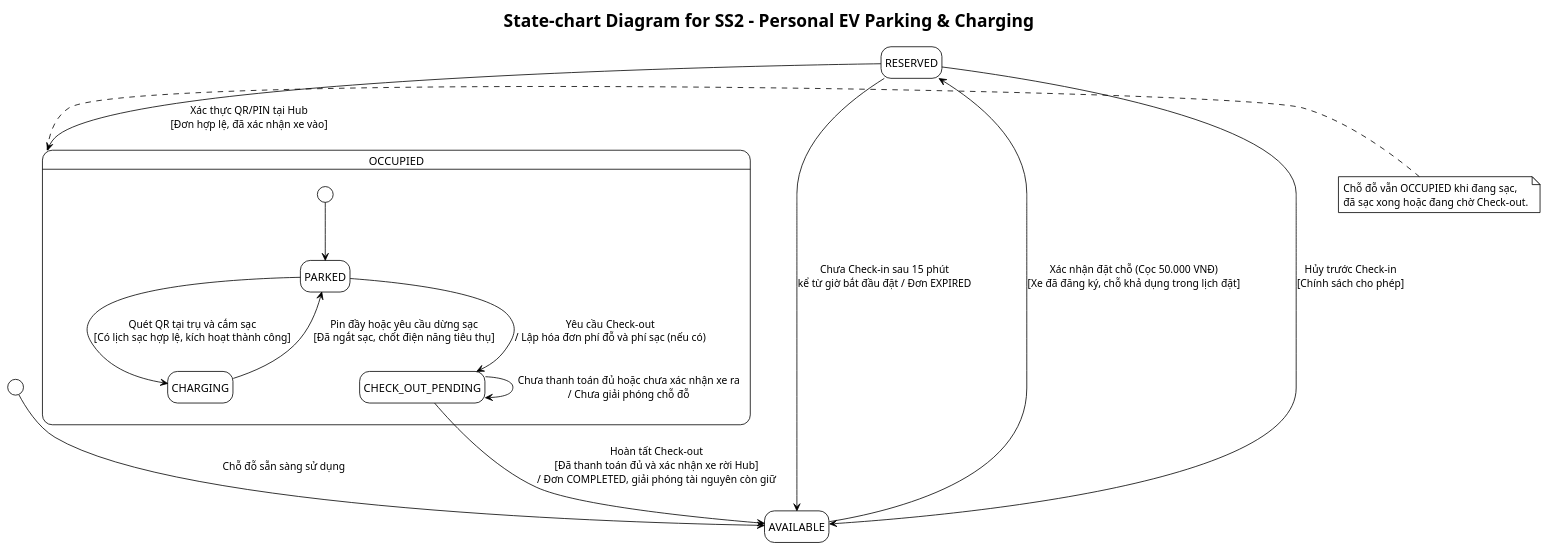
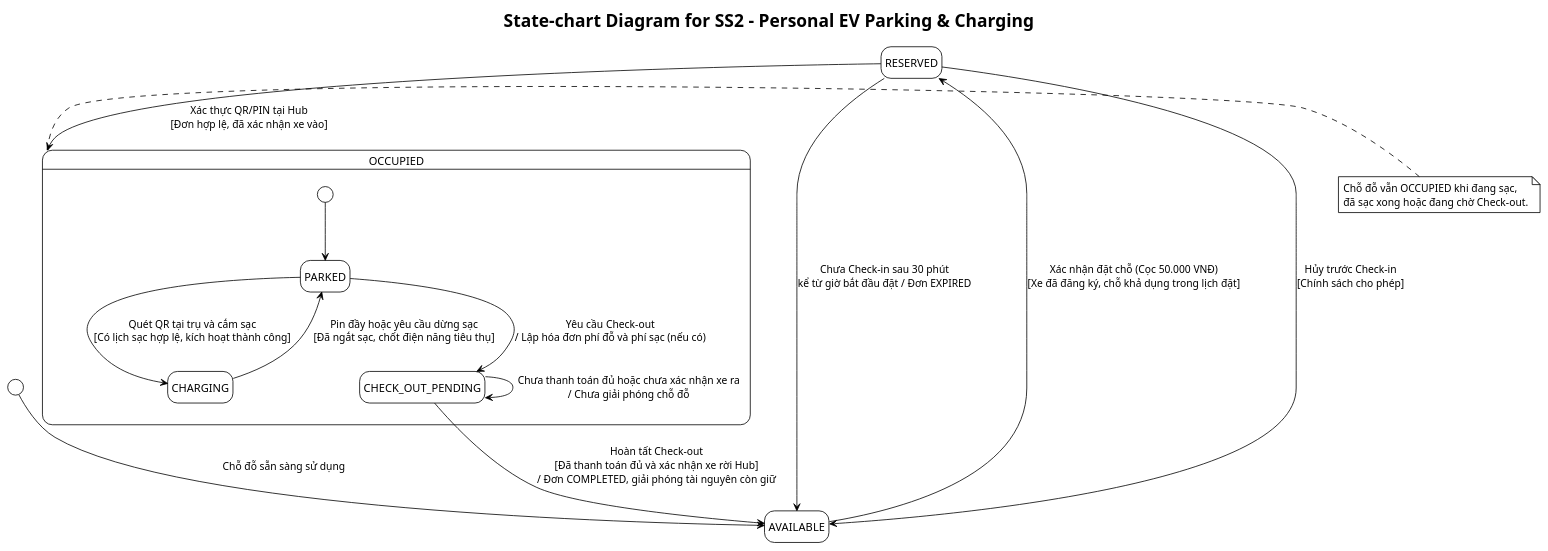
The diagram in docs/diagrams/Use-case detail-scenario/SS2/State-chart diagrams/UC_SS2_NguyenAnhTai_statechart.puml (Dat-nguyen195/BTL_1_CNPM), drawn with PlantUML before and after one commit. The commit also changed 142 other files, not shown here.

```diff
--- a/docs/diagrams/Use-case detail-scenario/SS2/State-chart diagrams/UC_SS2_NguyenAnhTai_statechart.puml
+++ b/docs/diagrams/Use-case detail-scenario/SS2/State-chart diagrams/UC_SS2_NguyenAnhTai_statechart.puml
@@ -1,34 +1,34 @@
 @startuml UC_SS2_NguyenAnhTai_statechart
 !theme plain
 hide empty description
 
 title State-chart Diagram for SS2 - Personal EV Parking & Charging
 
 [*] --> AVAILABLE : Chỗ đỗ sẵn sàng sử dụng
 
 state AVAILABLE
 state RESERVED
 state OCCUPIED {
     state PARKED
     state CHARGING
     state CHECK_OUT_PENDING
 
     [*] --> PARKED
     PARKED --> CHARGING : Quét QR tại trụ và cắm sạc\n[Có lịch sạc hợp lệ, kích hoạt thành công]
     CHARGING --> PARKED : Pin đầy hoặc yêu cầu dừng sạc\n[Đã ngắt sạc, chốt điện năng tiêu thụ]
     PARKED --> CHECK_OUT_PENDING : Yêu cầu Check-out\n/ Lập hóa đơn phí đỗ và phí sạc (nếu có)
     CHECK_OUT_PENDING --> CHECK_OUT_PENDING : Chưa thanh toán đủ hoặc chưa xác nhận xe ra\n/ Chưa giải phóng chỗ đỗ
 }
 
 AVAILABLE --> RESERVED : Xác nhận đặt chỗ (Cọc 50.000 VNĐ)\n[Xe đã đăng ký, chỗ khả dụng trong lịch đặt]
 RESERVED --> AVAILABLE : Hủy trước Check-in\n[Chính sách cho phép]
-RESERVED --> AVAILABLE : Chưa Check-in sau 15 phút\nkể từ giờ bắt đầu đặt / Đơn EXPIRED
+RESERVED --> AVAILABLE : Chưa Check-in sau 30 phút\nkể từ giờ bắt đầu đặt / Đơn EXPIRED
 RESERVED --> OCCUPIED : Xác thực QR/PIN tại Hub\n[Đơn hợp lệ, đã xác nhận xe vào]
 CHECK_OUT_PENDING --> AVAILABLE : Hoàn tất Check-out\n[Đã thanh toán đủ và xác nhận xe rời Hub]\n/ Đơn COMPLETED, giải phóng tài nguyên còn giữ
 
 note right of OCCUPIED
     Chỗ đỗ vẫn OCCUPIED khi đang sạc,
     đã sạc xong hoặc đang chờ Check-out.
 end note
 
 @enduml
```
